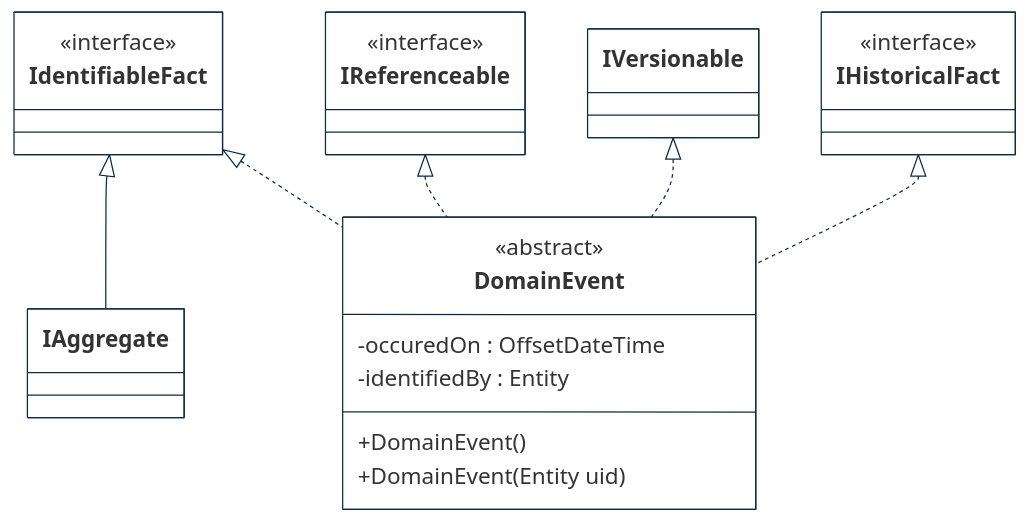
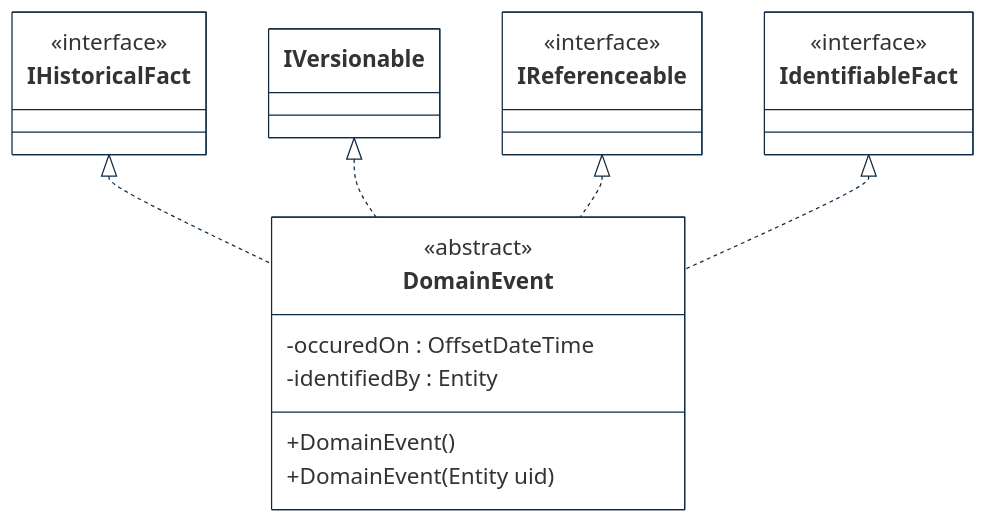
Before and after one commit to cybnity/foundation: the first of 5 diagrams in implementations-line/framework/domain/designview-packages.md, drawn with Mermaid.

````diff
--- a/implementations-line/framework/domain/designview-packages.md
+++ b/implementations-line/framework/domain/designview-packages.md
@@ -10,43 +10,42 @@
 ```mermaid
 %%{
   init: {
     'theme': 'base',
     'themeVariables': {
         'background': '#ffffff',
         'fontFamily': 'arial',
         'fontSize': '18px',
         'primaryColor': '#fff',
         'primaryBorderColor': '#0e2a43',
         'secondaryBorderColor': '#0e2a43',
         'tertiaryBorderColor': '#0e2a43',
         'edgeLabelBackground':'#0e2a43',
         'lineColor': '#0e2a43',
         'tertiaryColor': '#fff'
     }
   }
 }%%
 classDiagram
-    IdentifiableFact <|-- IAggregate
     IHistoricalFact <|.. DomainEvent
     IVersionable <|.. DomainEvent
     IReferenceable <|.. DomainEvent
     IdentifiableFact <|.. DomainEvent
 
     class DomainEvent {
         <<abstract>>
         -occuredOn : OffsetDateTime
         -identifiedBy : Entity
         +DomainEvent()
         +DomainEvent(Entity uid)
     }
     class IHistoricalFact {
         <<interface>>
     }
     class IdentifiableFact {
         <<interface>>
     }
     class IReferenceable {
         <<interface>>
     }
 
 ```
````
